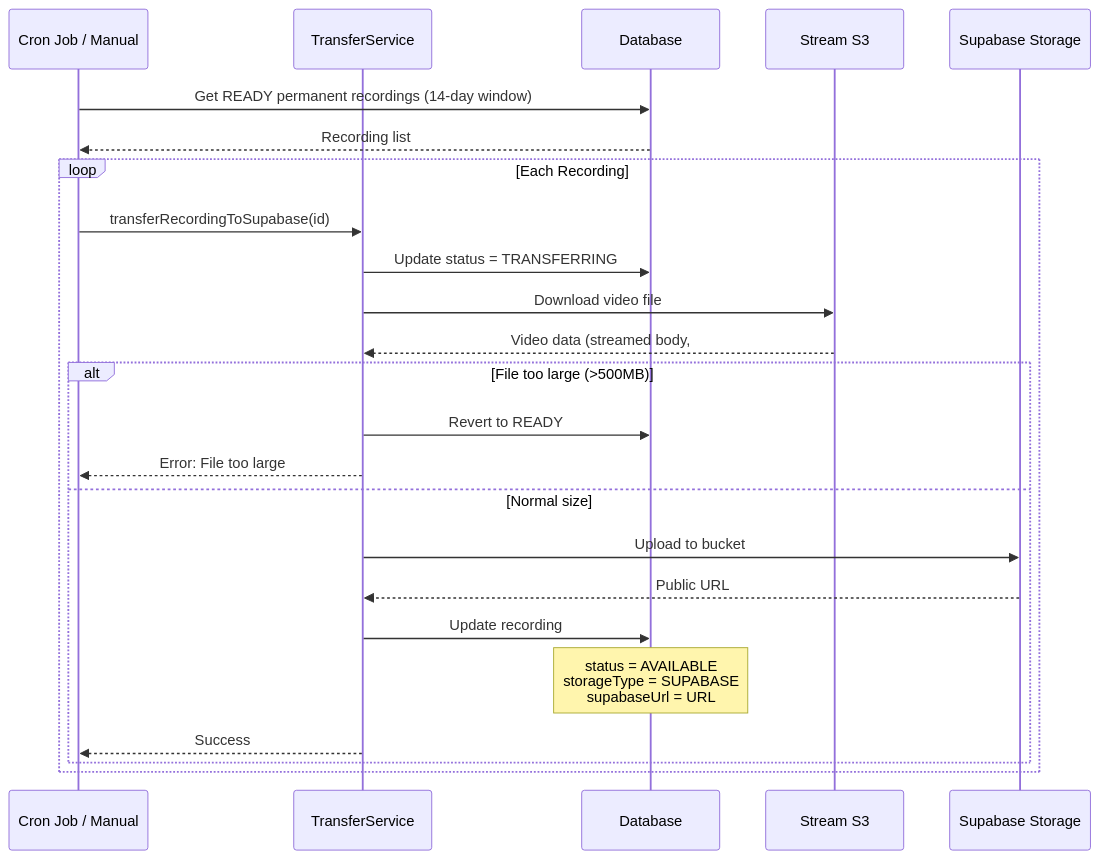
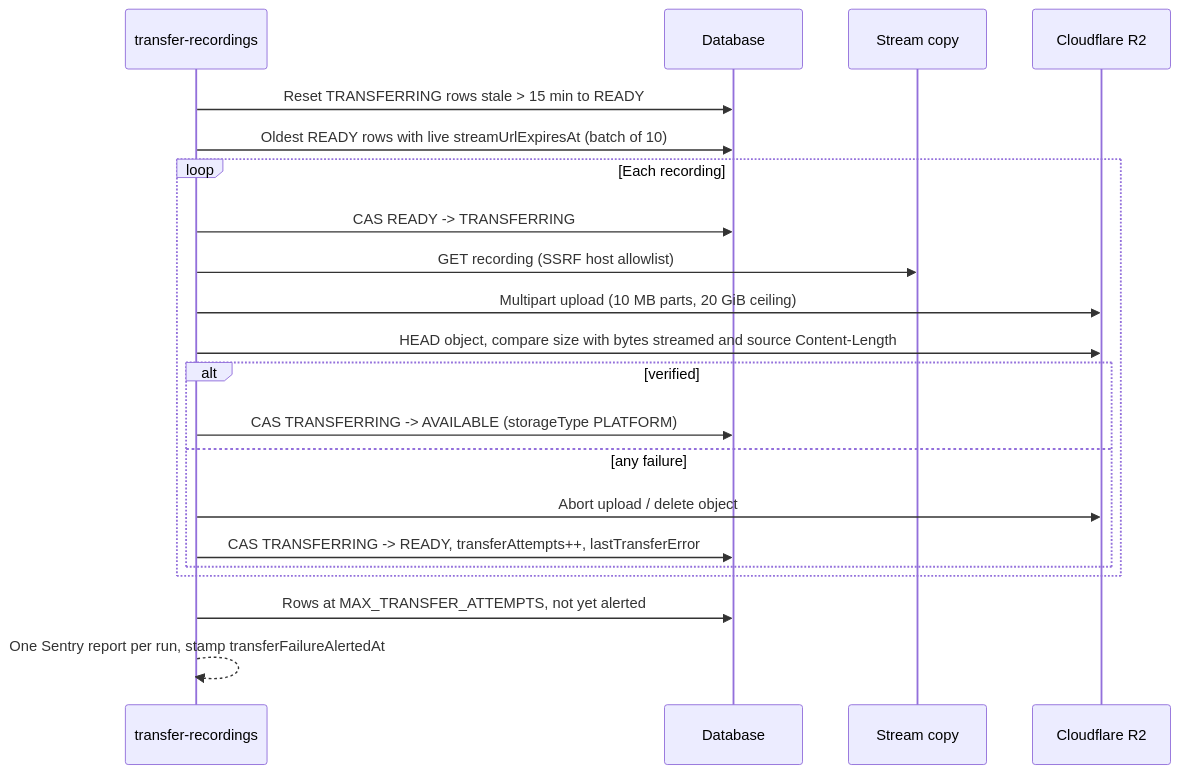
The seventh of 7 diagrams in docs/stream/13-recording-webhooks.md (Practitionist/familiarise_web), drawn with Mermaid before and after one commit. The commit also changed other lines of this file and 16 other files, not shown here.

First line of the commit message:
docs(recordings): describe the R2 copy job, retention job and removed storage tiers

````diff
--- a/docs/stream/13-recording-webhooks.md
+++ b/docs/stream/13-recording-webhooks.md
@@ -497,31 +502,24 @@
 ```mermaid
 sequenceDiagram
-    participant Cron as Cron Job / Manual
-    participant Transfer as TransferService
+    participant Job as transfer-recordings
     participant DB as Database
-    participant Stream as Stream S3
-    participant Supa as Supabase Storage
+    participant Stream as Stream copy
+    participant R2 as Cloudflare R2
 
-    Cron->>DB: Get READY permanent recordings (14-day window)
-    DB-->>Cron: Recording list
-
-    loop Each Recording
-        Cron->>Transfer: transferRecordingToSupabase(id)
-        Transfer->>DB: Update status = TRANSFERRING
-
-        Transfer->>Stream: Download video file
-        Stream-->>Transfer: Video data (streamed body, #899)
-
-        alt File too large (>500MB)
-            Transfer->>DB: Revert to READY
-            Transfer-->>Cron: Error: File too large
-        else Normal size
-            Transfer->>Supa: Upload to bucket
-            Supa-->>Transfer: Public URL
-
-            Transfer->>DB: Update recording
-            Note over DB: status = AVAILABLE<br/>storageType = SUPABASE<br/>supabaseUrl = URL
-            Transfer-->>Cron: Success
+    Job->>DB: Reset TRANSFERRING rows stale > 15 min to READY
+    Job->>DB: Oldest READY rows with live streamUrlExpiresAt (batch of 10)
+    loop Each recording
+        Job->>DB: CAS READY -> TRANSFERRING
+        Job->>Stream: GET recording (SSRF host allowlist)
+        Job->>R2: Multipart upload (10 MB parts, 20 GiB ceiling)
+        Job->>R2: HEAD object, compare size with bytes streamed and source Content-Length
+        alt verified
+            Job->>DB: CAS TRANSFERRING -> AVAILABLE (storageType PLATFORM)
+        else any failure
+            Job->>R2: Abort upload / delete object
+            Job->>DB: CAS TRANSFERRING -> READY, transferAttempts++, lastTransferError
         end
     end
+    Job->>DB: Rows at MAX_TRANSFER_ATTEMPTS, not yet alerted
+    Job-->>Job: One Sentry report per run, stamp transferFailureAlertedAt
 ```
````
